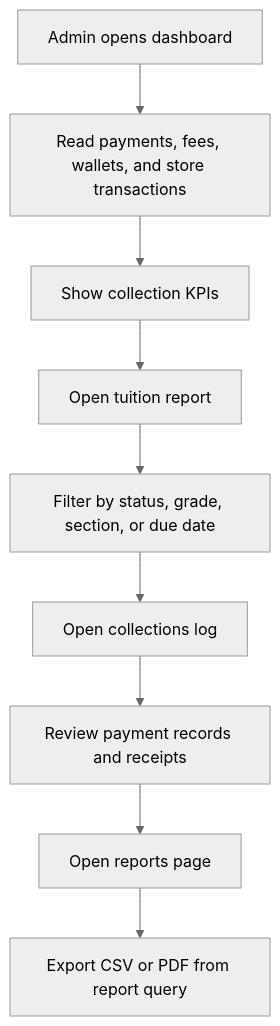
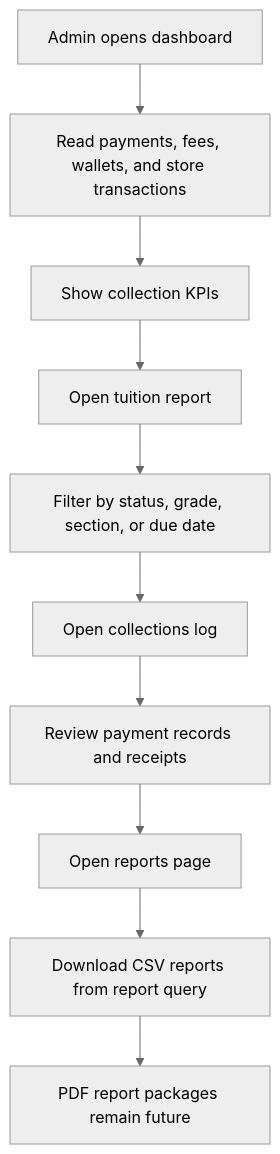
Before and after one commit to Xeyn19/xmetapay: the fourth of 7 diagrams in docs/DATABASE_SCHEMA_PLAN.md, drawn with Mermaid (neutral theme). The commit also changed other lines of this file and 11 other files, not shown here.

````diff
--- a/docs/DATABASE_SCHEMA_PLAN.md
+++ b/docs/DATABASE_SCHEMA_PLAN.md
@@ -637,11 +637,12 @@
 ```mermaid
 flowchart TD
   A["Admin opens dashboard"] --> B["Read payments, fees, wallets, and store transactions"]
   B --> C["Show collection KPIs"]
   C --> D["Open tuition report"]
   D --> E["Filter by status, grade, section, or due date"]
   E --> F["Open collections log"]
   F --> G["Review payment records and receipts"]
   G --> H["Open reports page"]
-  H --> I["Export CSV or PDF from report query"]
+  H --> I["Download CSV reports from report query"]
+  I --> J["PDF report packages remain future"]
 ```
````
